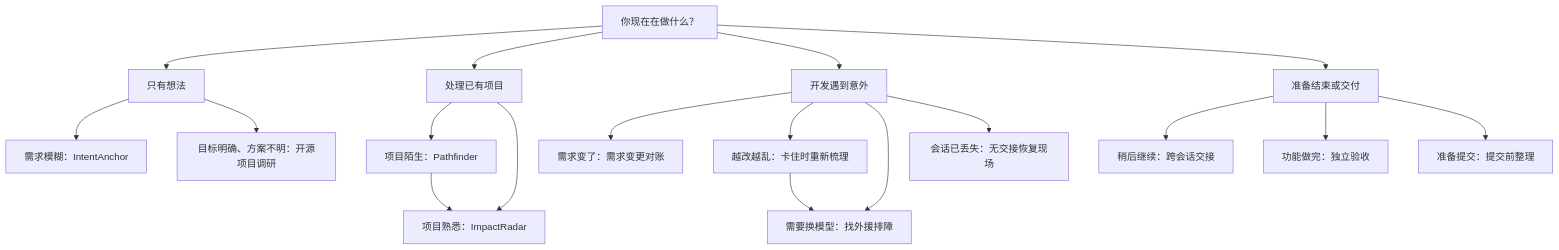
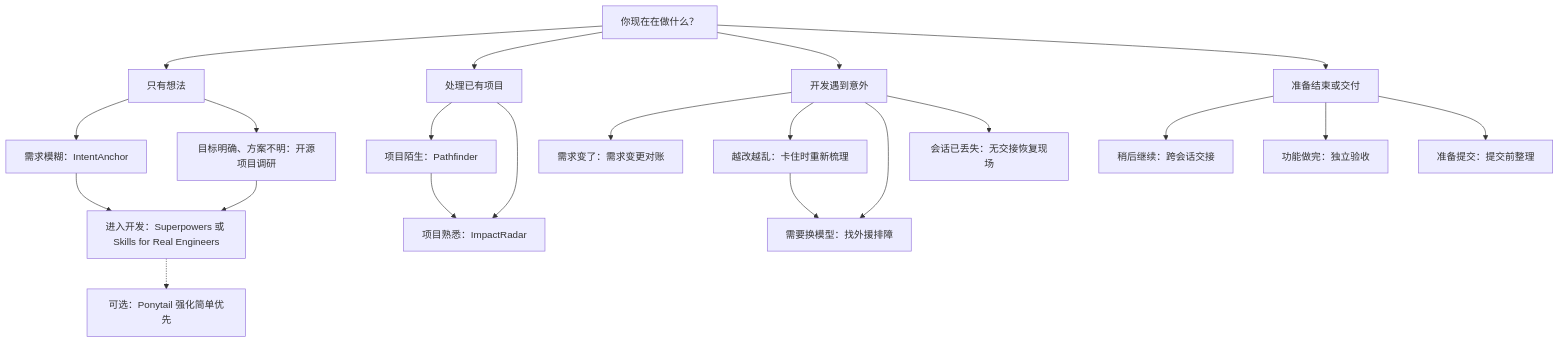
One commit to betterblueblue/blue-skillhub changed the diagram in README.md. Above: the diagram before and after it, drawn with Mermaid. The commit also changed other lines of this file, not shown here.

Commit message:
docs: recommend complementary zero-to-one skills

````diff
--- a/README.md
+++ b/README.md
@@ -11,24 +11,27 @@
 ```mermaid
 flowchart TD
     A["你现在在做什么？"] --> B["只有想法"]
     A --> C["处理已有项目"]
     A --> D["开发遇到意外"]
     A --> E["准备结束或交付"]
 
     B --> B1["需求模糊：IntentAnchor"]
     B --> B2["目标明确、方案不明：开源项目调研"]
+    B1 --> B3["进入开发：Superpowers 或 Skills for Real Engineers"]
+    B2 --> B3
+    B3 -.-> B4["可选：Ponytail 强化简单优先"]
 
     C --> C1["项目陌生：Pathfinder"]
     C --> C2["项目熟悉：ImpactRadar"]
     C1 --> C2
 
     D --> D1["需求变了：需求变更对账"]
     D --> D2["越改越乱：卡住时重新梳理"]
     D --> D3["需要换模型：找外援排障"]
     D --> D4["会话已丢失：无交接恢复现场"]
     D2 --> D3
 
     E --> E1["稍后继续：跨会话交接"]
     E --> E2["功能做完：独立验收"]
     E --> E3["准备提交：提交前整理"]
 ```
````
